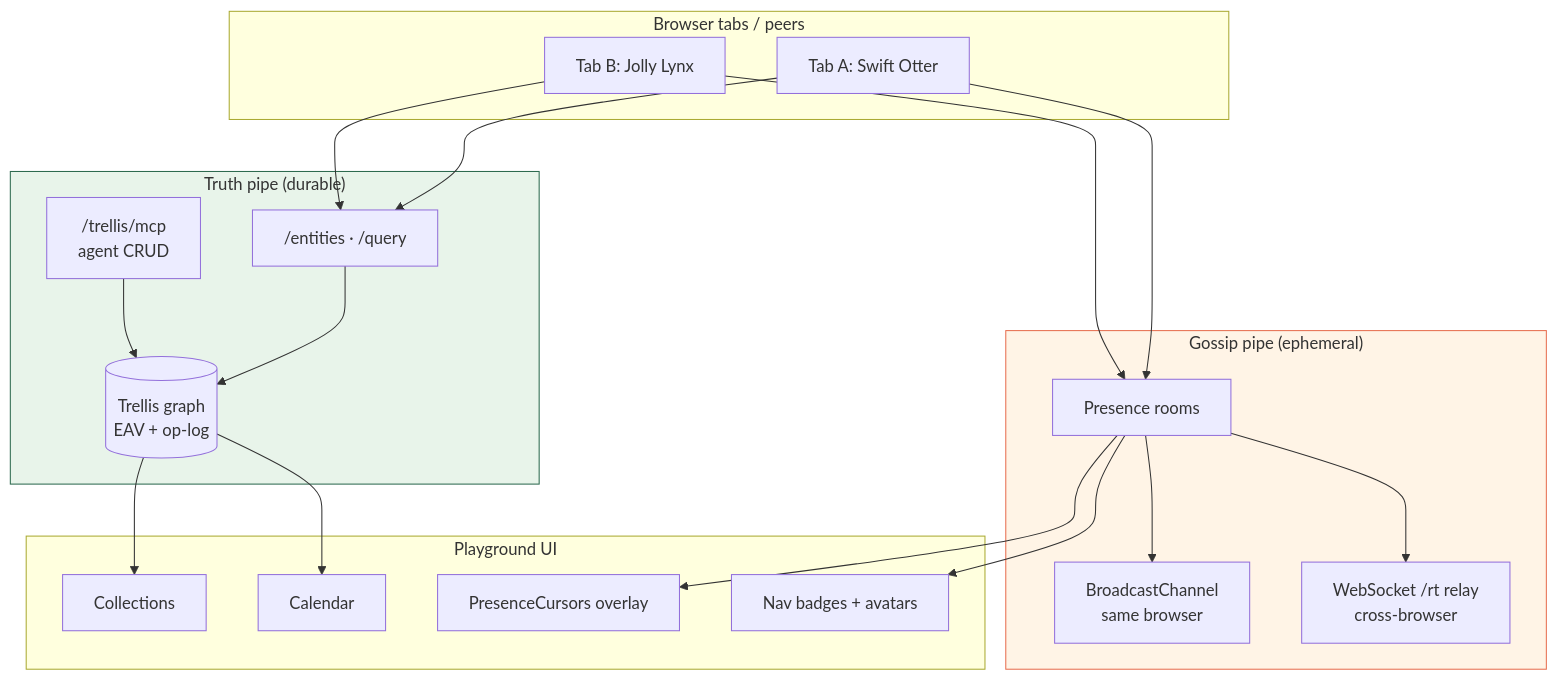
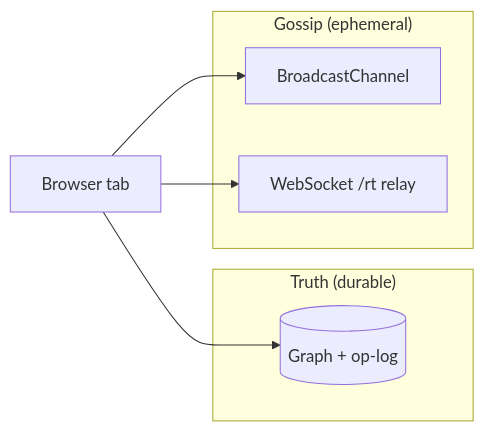
Before and after one commit to trentbrew/trellis-fractals-react: the diagram in docs/presence-blog-draft.md, drawn with Mermaid. The commit also changed other lines of this file and 13 other files, not shown here.

````diff
--- a/docs/presence-blog-draft.md
+++ b/docs/presence-blog-draft.md
@@ -40,44 +33,13 @@
 ```mermaid
-flowchart TB
-  subgraph clients["Browser tabs / peers"]
-    A[Tab A: Swift Otter]
-    B[Tab B: Jolly Lynx]
+flowchart LR
+  subgraph truth["Truth (durable)"]
+    G[(Graph + op-log)]
   end
-
-  subgraph truth["Truth pipe (durable)"]
-    G[(Trellis graph<br/>EAV + op-log)]
-    REST["/entities · /query"]
-    MCP["/trellis/mcp<br/>agent CRUD"]
+  subgraph gossip["Gossip (ephemeral)"]
+    BC[BroadcastChannel]
+    RT[WebSocket /rt relay]
   end
-
-  subgraph gossip["Gossip pipe (ephemeral)"]
-    BC[BroadcastChannel<br/>same browser]
-    RT["WebSocket /rt relay<br/>cross-browser"]
-    PR[Presence rooms]
-  end
-
-  subgraph ui["Playground UI"]
-    COLL[Collections]
-    CAL[Calendar]
-    CUR[PresenceCursors overlay]
-    NAV[Nav badges + avatars]
-  end
-
-  A --> REST
-  B --> REST
-  REST --> G
-  MCP --> G
-
-  A --> PR
-  B --> PR
-  PR --> BC
-  PR --> RT
-
-  G --> COLL
-  G --> CAL
-  PR --> CUR
-  PR --> NAV
-
-  style truth fill:#e8f4ea,stroke:#2d6a4f
-  style gossip fill:#fff4e6,stroke:#e76f51
+  Tab[Browser tab] --> G
+  Tab --> BC
+  Tab --> RT
 ```
````
